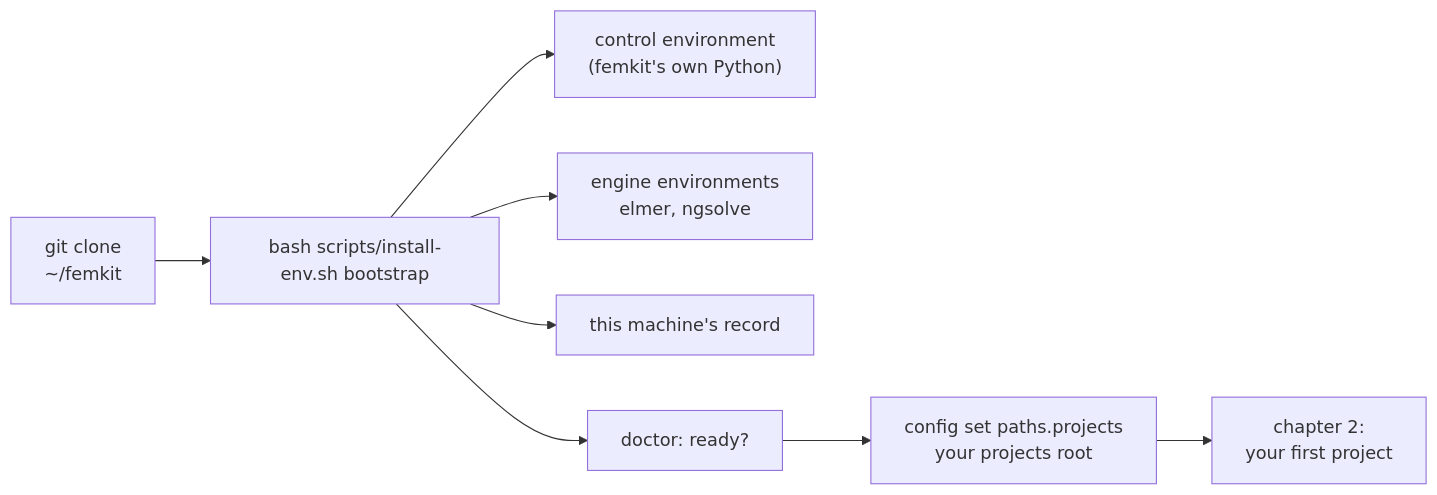
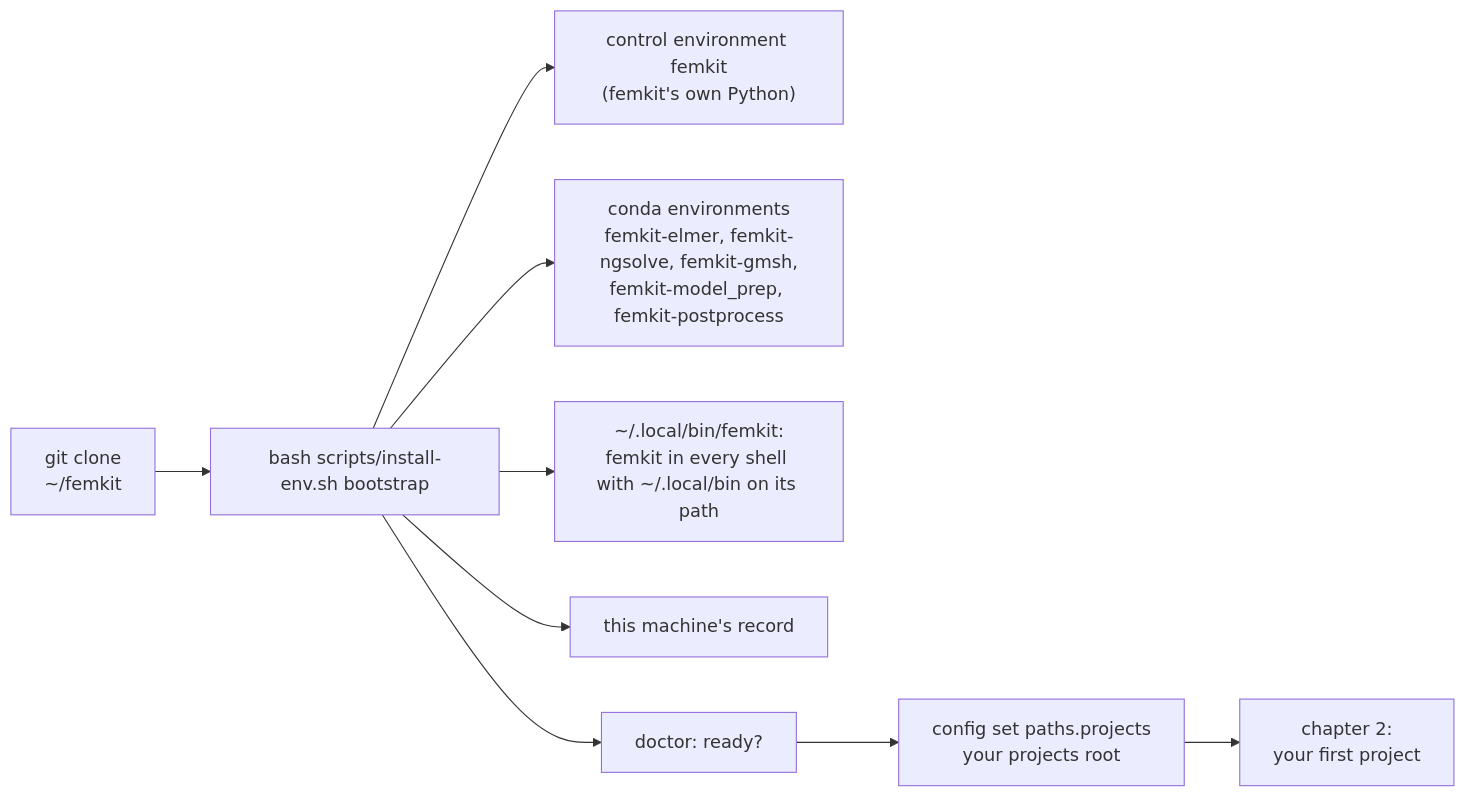
The diagram in docs/manual/1-install.md (Qing-LAB/femkit), drawn with Mermaid before and after one commit. The commit also changed other lines of this file and 512 other files, not shown here.

````diff
--- a/docs/manual/1-install.md
+++ b/docs/manual/1-install.md
@@ -13,10 +13,11 @@
 ```mermaid
 flowchart LR
     G["git clone<br/>~/femkit"] --> B["bash scripts/install-env.sh bootstrap"]
-    B --> C["control environment<br/>(femkit's own Python)"]
-    B --> E["engine environments<br/>elmer, ngsolve"]
+    B --> C["control environment femkit<br/>(femkit's own Python)"]
+    B --> E["conda environments<br/>femkit-elmer, femkit-ngsolve, femkit-gmsh,<br/>femkit-model_prep, femkit-postprocess"]
+    B --> L["~/.local/bin/femkit:<br/>femkit in every shell with ~/.local/bin on its path"]
     B --> R["this machine's record"]
     B --> D["doctor: ready?"]
     D --> P["config set paths.projects<br/>your projects root"]
     P --> N["chapter 2:<br/>your first project"]
 ```
````
